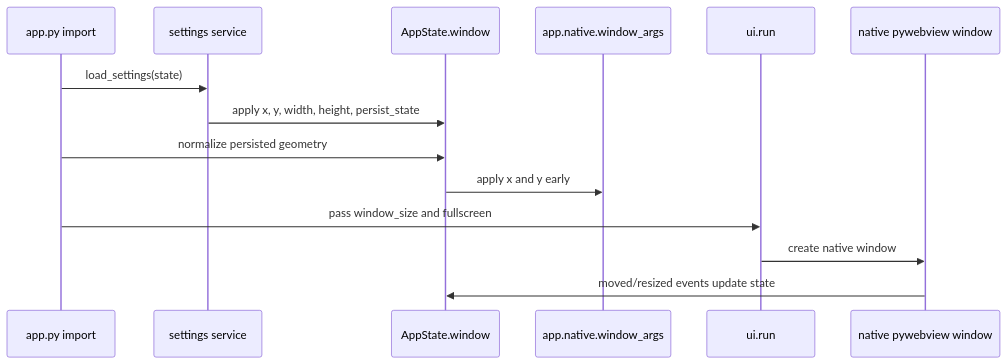
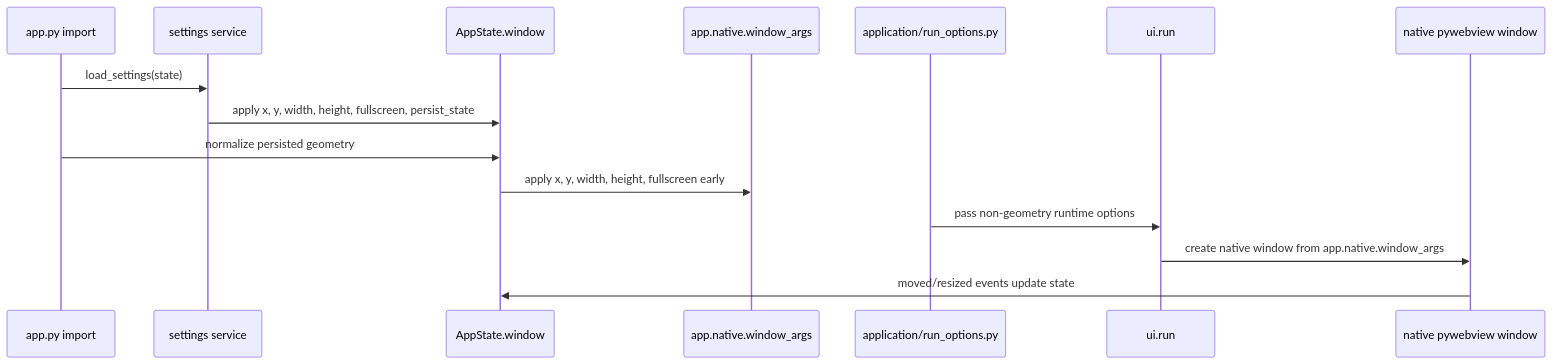
The first of 2 diagrams in docs/native_window_persistence.md (Fonze81/NiceGui-Windows-Base), drawn with Mermaid before and after one commit. The commit also changed other lines of this file and 17 other files, not shown here.

````diff
--- a/docs/native_window_persistence.md
+++ b/docs/native_window_persistence.md
@@ -54,17 +54,18 @@
 ```mermaid
 sequenceDiagram
     participant App as app.py import
     participant Settings as settings service
     participant State as AppState.window
     participant Native as app.native.window_args
+    participant Options as application/run_options.py
     participant Run as ui.run
     participant Window as native pywebview window
 
     App->>Settings: load_settings(state)
-    Settings->>State: apply x, y, width, height, persist_state
+    Settings->>State: apply x, y, width, height, fullscreen, persist_state
     App->>State: normalize persisted geometry
-    State->>Native: apply x and y early
-    App->>Run: pass window_size and fullscreen
-    Run->>Window: create native window
+    State->>Native: apply x, y, width, height, fullscreen early
+    Options->>Run: pass non-geometry runtime options
+    Run->>Window: create native window from app.native.window_args
     Window->>State: moved/resized events update state
 ```
````
